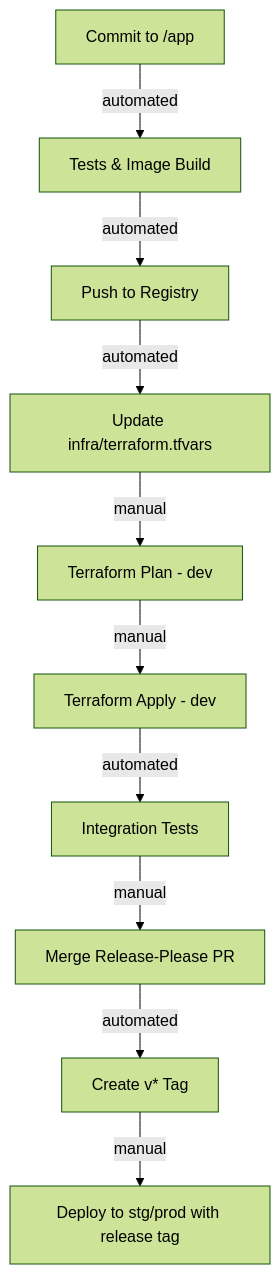
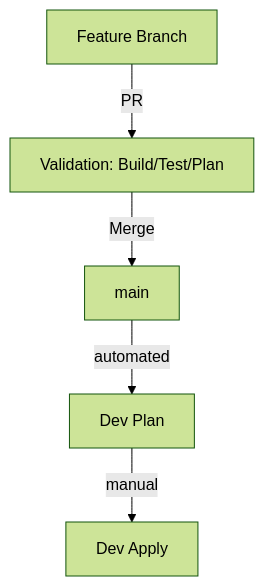
The first of 2 diagrams in CONTRIBUTING.md (tajturbo/chuck-infra), drawn with Mermaid (forest theme) before and after one commit. The commit also changed other lines of this file and 1 other file, not shown here.

````diff
--- a/CONTRIBUTING.md
+++ b/CONTRIBUTING.md
@@ -62,12 +76,7 @@
 ```mermaid
 graph TD
-    A[Commit to /app] -->|automated| B[Tests & Image Build]
-    B -->|automated| C[Push to Registry]
-    C -->|automated| D[Update infra/terraform.tfvars]
-    D -->|manual| E[Terraform Plan - dev]
-    E -->|manual| F[Terraform Apply - dev]
-    F -->|automated| G[Integration Tests]
-    G -->|manual| H[Merge Release-Please PR]
-    H -->|automated| I[Create v* Tag]
-    I -->|manual| J[Deploy to stg/prod with release tag]
+    A[Feature Branch] -->|PR| B[Validation: Build/Test/Plan]
+    B -->|Merge| C[main]
+    C -->|automated| D[Dev Plan]
+    D -->|manual| E[Dev Apply]
 ```
````
